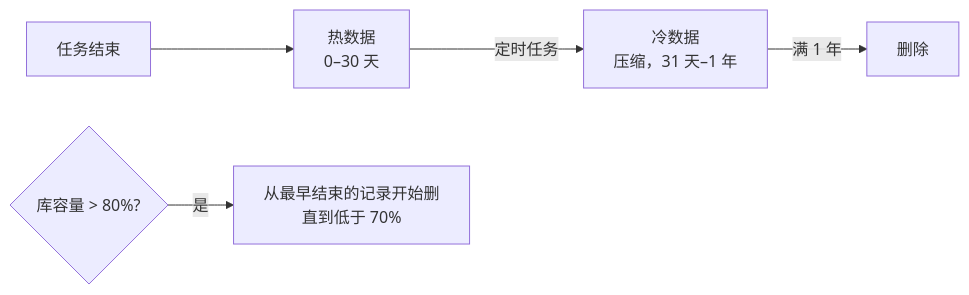
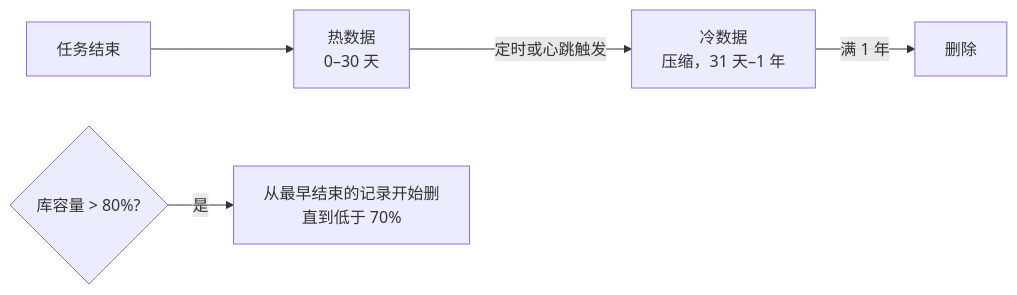
The fourth of 9 diagrams in control-center/docs/PRD.md (depeng1994/lite-actions), drawn with Mermaid before and after one commit. The commit also changed other lines of this file and 3 other files, not shown here.

````diff
--- a/control-center/docs/PRD.md
+++ b/control-center/docs/PRD.md
@@ -179,7 +182,7 @@
 ```mermaid
 flowchart LR
     A[任务结束] --> B[热数据<br/>0–30 天]
-    B -->|定时任务| C[冷数据<br/>压缩，31 天–1 年]
+    B -->|定时或心跳触发| C[冷数据<br/>压缩，31 天–1 年]
     C -->|满 1 年| X[删除]
     M{库容量 > 80%?} -->|是| R[从最早结束的记录开始删<br/>直到低于 70%]
 ```
````
